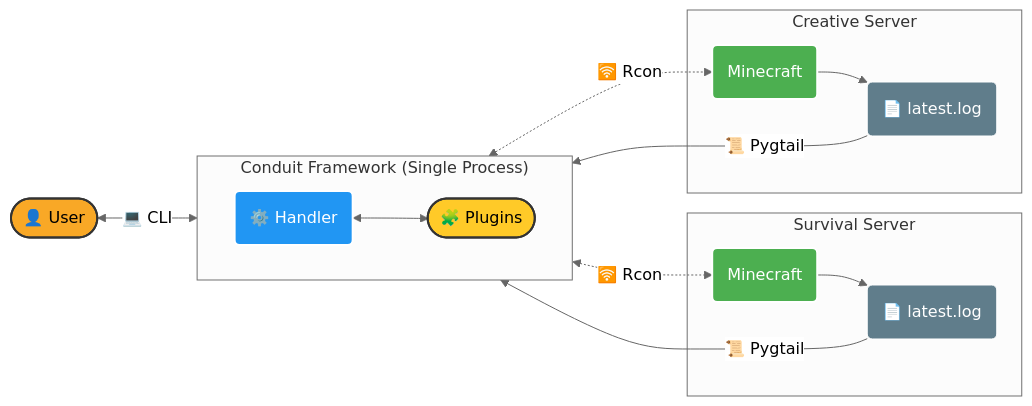
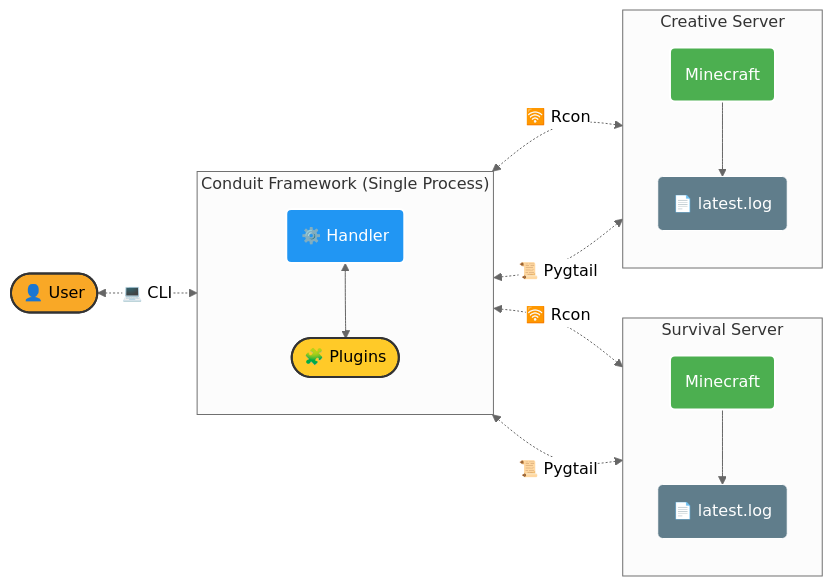
One commit to 1attila/test changed the first of 2 diagrams in README.md. Above: the diagram before and after it, drawn with Mermaid (neutral theme). The commit also changed other lines of this file, not shown here.

Commit message:
Refactor README.md

````diff
--- a/README.md
+++ b/README.md
@@ -71,41 +71,48 @@
 ```mermaid
 flowchart LR
     %% Colors and Styles
     classDef user fill:#f9a826,stroke:#333,stroke-width:2px,color:#000;
     classDef conduit fill:#2196f3,stroke:#fff,stroke-width:2px,color:#fff;
     classDef plugin fill:#ffca28,stroke:#333,stroke-width:2px,color:#000;
     classDef mc fill:#4caf50,stroke:#fff,stroke-width:2px,color:#fff;
     classDef log fill:#607d8b,stroke:#fff,stroke-width:1px,color:#fff;
 
     U([👤 User]):::user
 
     subgraph ConduitSystem["Conduit Framework (Single Process)"]
-        direction LR
+        direction TB
+
         Handler(⚙️ Handler):::conduit
         Plug([🧩 Plugins]):::plugin
-    end
 
-    %% User Interaction
-    U <-->|💻 CLI| Handler
-    Handler <--> Plug
+        Handler <--> Plug
+    end    
 
     %% Servers
     subgraph S1["Survival Server"]
+        direction TB
+
         MC1(Minecraft):::mc
         L1(📄 latest.log):::log
         MC1 --> L1
     end
 
     subgraph S2 ["Creative Server"]
+        direction TB
+
         MC2(Minecraft):::mc
         L2(📄 latest.log):::log
         MC2 --> L2
     end
 
+    %% User Interaction
+    U <-.->|💻 CLI| Handler
+
     %% Connections
-    L1 --> |📜 Pygtail| Handler
-    L2 --> |📜 Pygtail| Handler
 
     Handler <-.->|🛜 Rcon| MC1
+    Handler <-.->|📜 Pygtail| L1
+    
     Handler <-.->|🛜 Rcon| MC2
+    Handler <-.->|📜 Pygtail| L2
 ```
````
